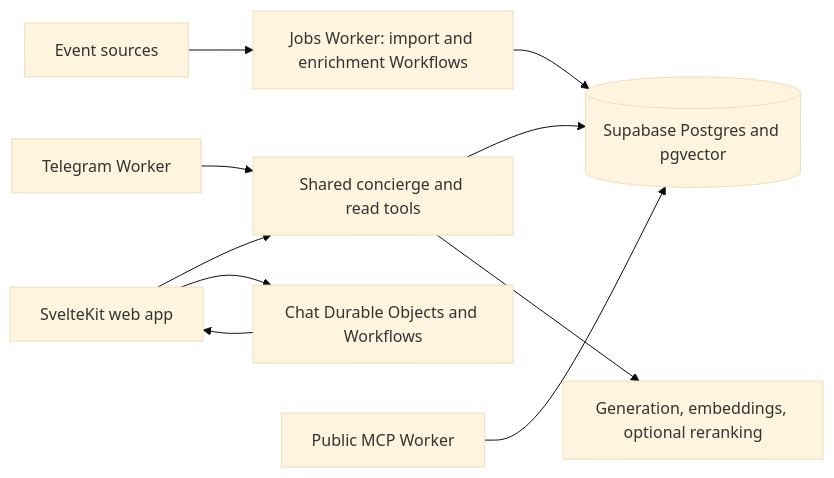
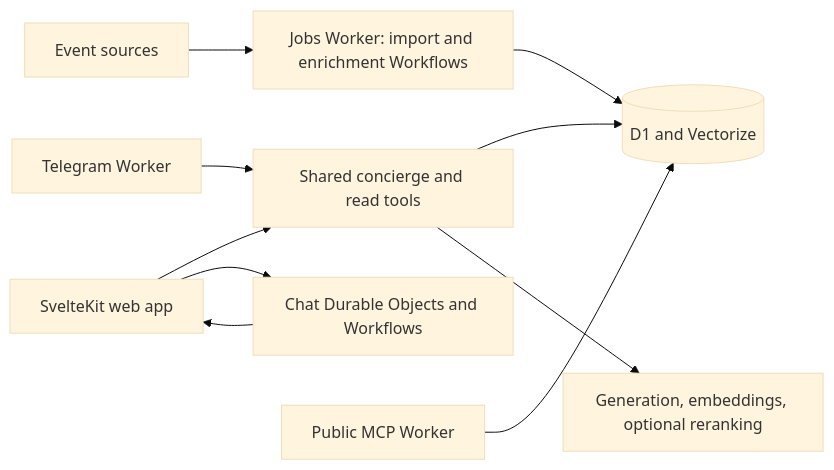
Before and after one commit to HanifCarroll/ba-events: the diagram in docs/architecture.md, drawn with Mermaid (base theme). The commit also changed other lines of this file and 299 other files, not shown here.

````diff
--- a/docs/architecture.md
+++ b/docs/architecture.md
@@ -5,12 +5,12 @@
 ```mermaid
 flowchart LR
   Sources[Event sources] --> Jobs[Jobs Worker: import and enrichment Workflows]
-  Jobs --> DB[(Supabase Postgres and pgvector)]
+  Jobs --> DB[(D1 and Vectorize)]
   Web[SvelteKit web app] --> Agent[Shared concierge and read tools]
   Telegram[Telegram Worker] --> Agent
   Agent --> DB
   Agent --> Models[Generation, embeddings, optional reranking]
   Web --> Delivery[Chat Durable Objects and Workflows]
   Delivery --> Web
   MCP[Public MCP Worker] --> DB
 ```
````
